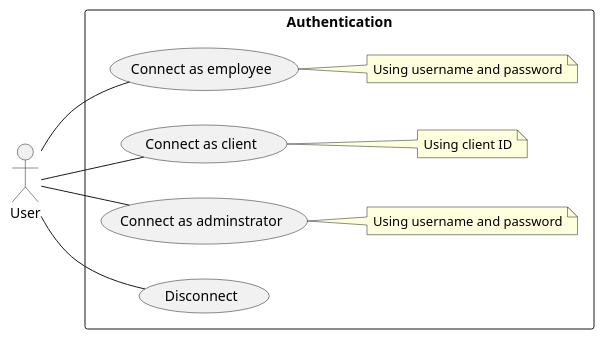
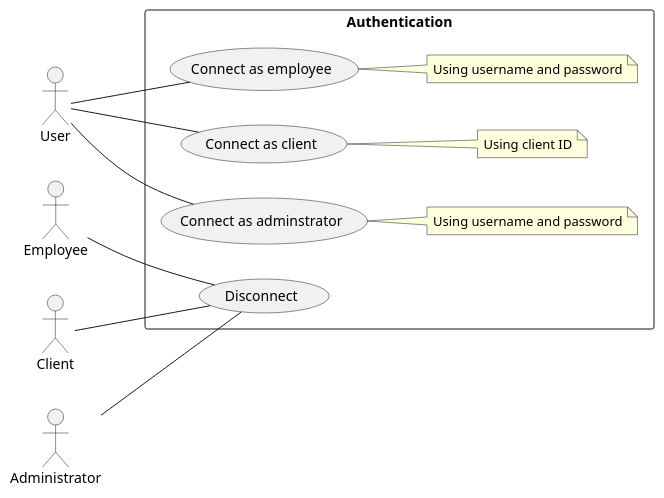
One commit to BrokenSwing/Comixaire changed the diagram in specifications/usercases/authentication/authentication.puml. Above: the diagram before and after it, drawn with PlantUML. The commit also changed 2 other files, not shown here.

Commit message:
Update diagram

```diff
--- a/specifications/usercases/authentication/authentication.puml
+++ b/specifications/usercases/authentication/authentication.puml
@@ -1,25 +1,30 @@
 @startuml Authentication use cases
 
 left to right direction
 
 actor User as U
+actor Employee as E
+actor Client as C
+actor Administrator as A
 
 rectangle "Authentication" {
   usecase "Connect as employee" as CaE
   note right: Using username and password
   
   usecase "Connect as client" as CaC
   note right: Using client ID
   
   usecase “Connect as adminstrator” as CaA
   note right: Using username and password
   
   usecase "Disconnect" as D
 }
 
 U -- CaE
 U -- CaC
 U -- CaA
-U -- D
+A -- D
+E -- D
+C -- D
 
 @enduml
```
